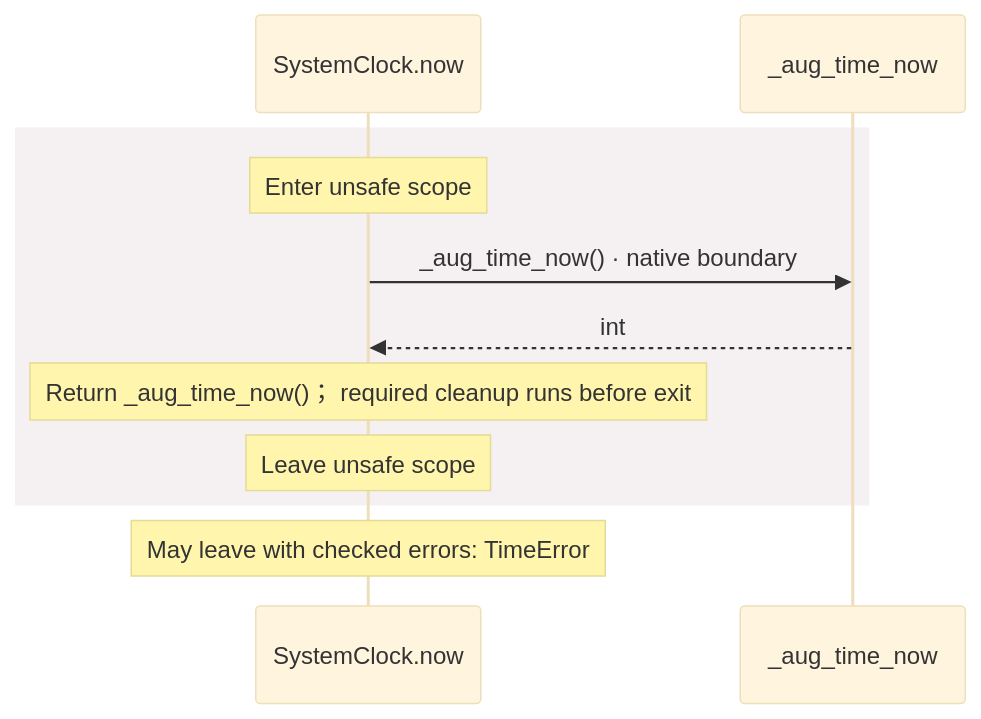
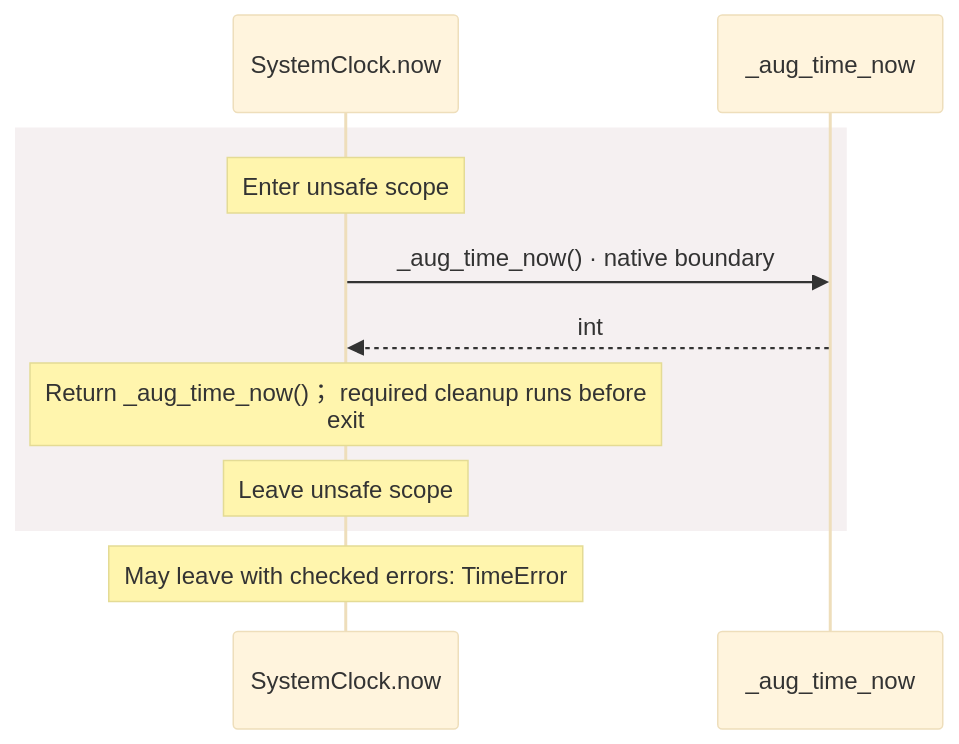
Before and after one commit to GreenPandaStudios/augscript: the third of 3 diagrams in docs/examples/oidc-login/dependencies/packages/@git/url_c092cd151499c4e1d8a1/0.0.0-git.a39fc582565d4fca40be4f75fa304d71adc69301/contracts-diagrams.md, drawn with Mermaid (base theme). The commit also changed 200 other files, not shown here.

Commit message:
Group imported operations and wrap readable sequence messages

````diff
--- a/docs/examples/oidc-login/dependencies/packages/@git/url_c092cd151499c4e1d8a1/0.0.0-git.a39fc582565d4fca40be4f75fa304d71adc69301/contracts-diagrams.md
+++ b/docs/examples/oidc-login/dependencies/packages/@git/url_c092cd151499c4e1d8a1/0.0.0-git.a39fc582565d4fca40be4f75fa304d71adc69301/contracts-diagrams.md
@@ -73,13 +73,13 @@
 ```mermaid
 sequenceDiagram
     participant p0 as SystemClock.now
     participant p1 as _aug_time_now
     rect rgb(245, 240, 241)
     Note over p0: Enter unsafe scope
     p0->>p1: _aug_time_now() · native boundary
     p1-->>p0: int
-    Note over p0: Return _aug_time_now()； required cleanup runs before exit
+    Note over p0: Return _aug_time_now()； required cleanup runs before<br/>exit
     Note over p0: Leave unsafe scope
     end
     Note over p0: May leave with checked errors: TimeError
 ```
````
